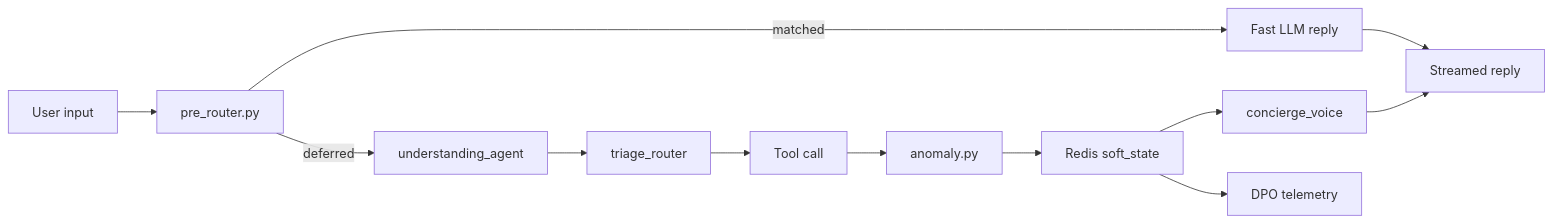
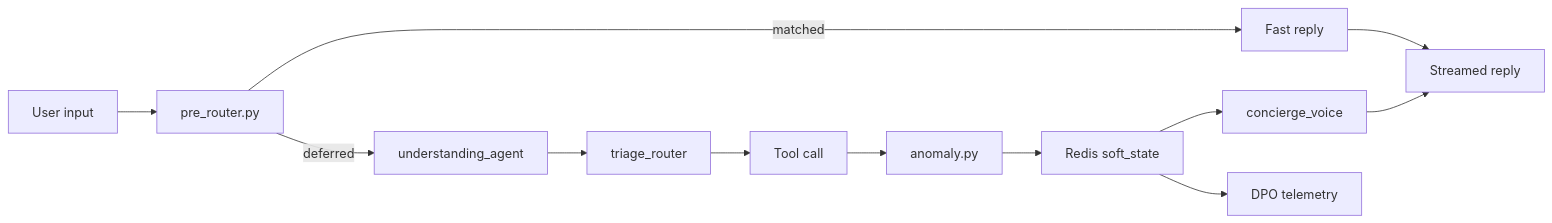
One commit to muhammadhasaan82/AI_Property_Booking_concierge changed the second of 2 diagrams in README.md. Above: the diagram before and after it, drawn with Mermaid. The commit also changed other lines of this file, not shown here.

````diff
--- a/README.md
+++ b/README.md
@@ -45,14 +36,14 @@
 ```mermaid
 flowchart LR
     IN["User input"] --> PR["pre_router.py"]
-    PR -->|matched| FAST["Fast LLM reply"]
+    PR -->|matched| FAST["Fast reply"]
     PR -->|deferred| UA["understanding_agent"]
     UA --> TR["triage_router"]
     TR --> TOOL["Tool call"]
     TOOL --> AD["anomaly.py"]
     AD --> STATE["Redis soft_state"]
     STATE --> CV["concierge_voice"]
     CV --> OUT["Streamed reply"]
     FAST --> OUT
     STATE --> TEL["DPO telemetry"]
 ```
````
